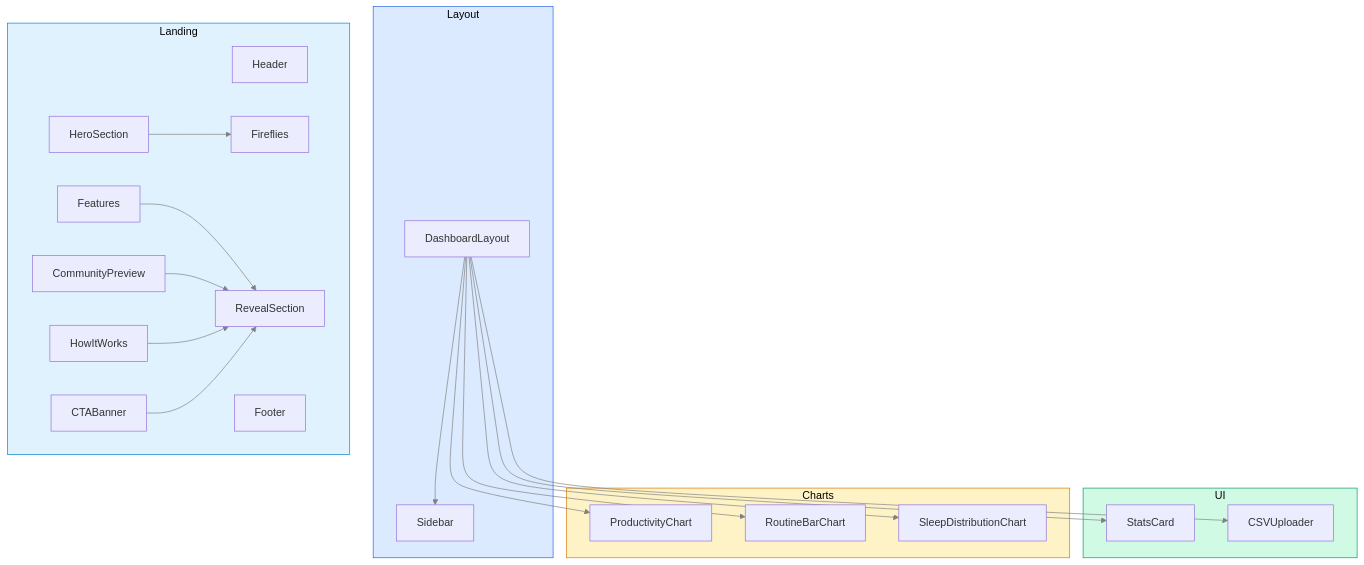
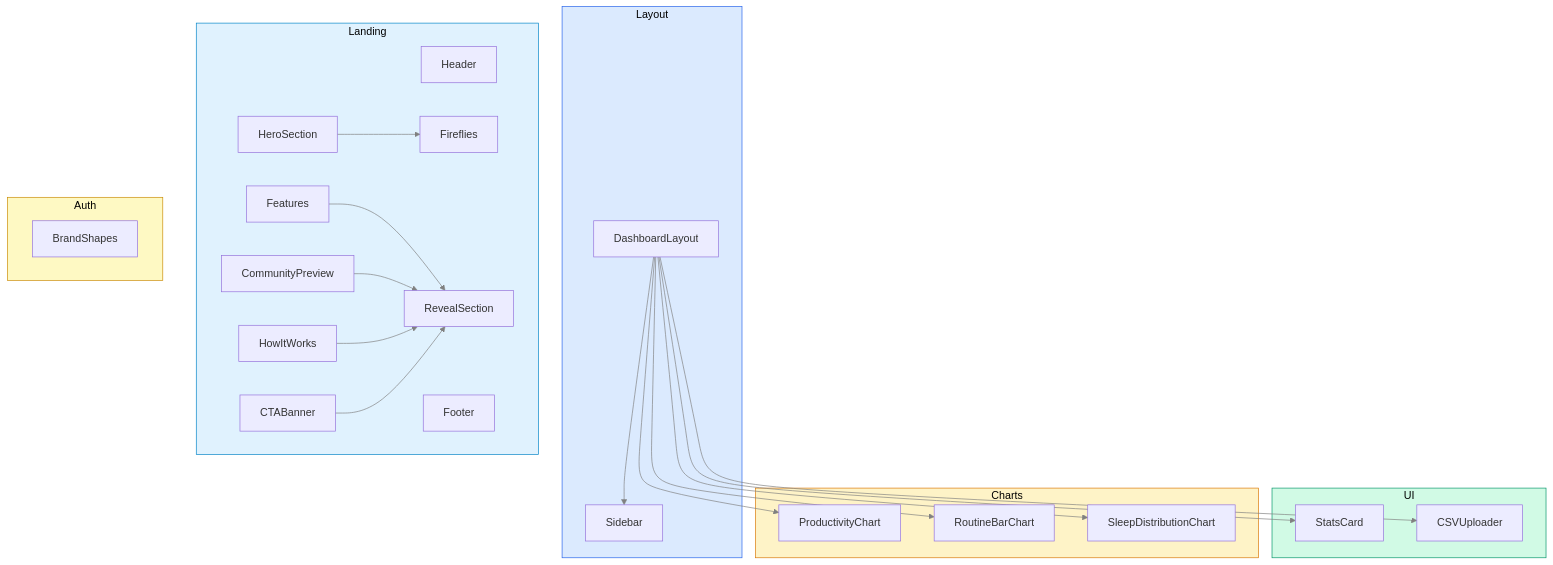
One commit to nyanham/morning-routine-productivity changed the diagram in docs/04-Frontend/02-Components.md. Above: the diagram before and after it, drawn with Mermaid. The commit also changed other lines of this file and 3 other files, not shown here.

First line of the commit message:
test(frontend): add BrandShapes tests; docs: update component & test refs

````diff
--- a/docs/04-Frontend/02-Components.md
+++ b/docs/04-Frontend/02-Components.md
@@ -9,55 +9,61 @@
 ```mermaid
 graph TD
     subgraph Layout
         DL["DashboardLayout"]
         SB["Sidebar"]
     end
 
     subgraph Landing
         HD["Header"]
         HS["HeroSection"]
         FT["Features"]
         CP["CommunityPreview"]
         HW["HowItWorks"]
         CB["CTABanner"]
         FO["Footer"]
         FF["Fireflies"]
         RS["RevealSection"]
+    end
+
+    subgraph Auth
+        BS["BrandShapes"]
     end
 
     subgraph UI
         SC["StatsCard"]
         CSV["CSVUploader"]
     end
 
     subgraph Charts
         PC["ProductivityChart"]
         RBC["RoutineBarChart"]
         SDC["SleepDistributionChart"]
     end
 
     DL --> SB
     DL --> SC
     DL --> PC
     DL --> RBC
     DL --> SDC
     DL --> CSV
 
     HS --> FF
     FT --> RS
     CP --> RS
     HW --> RS
     CB --> RS
 
     style Layout fill:#dbeafe,stroke:#2563eb
     style Layout color:black
     style Landing fill:#e0f2fe,stroke:#0284c7
     style Landing color:black
+    style Auth fill:#fef9c3,stroke:#ca8a04
+    style Auth color:black
     style UI fill:#d1fae5,stroke:#059669
     style UI color:black
     style Charts fill:#fef3c7,stroke:#d97706
     style Charts color:black
 
     linkStyle default stroke: gray
 
 ```
````
